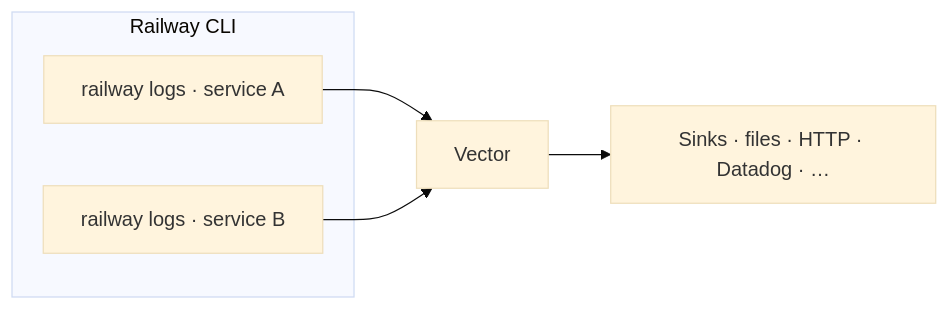
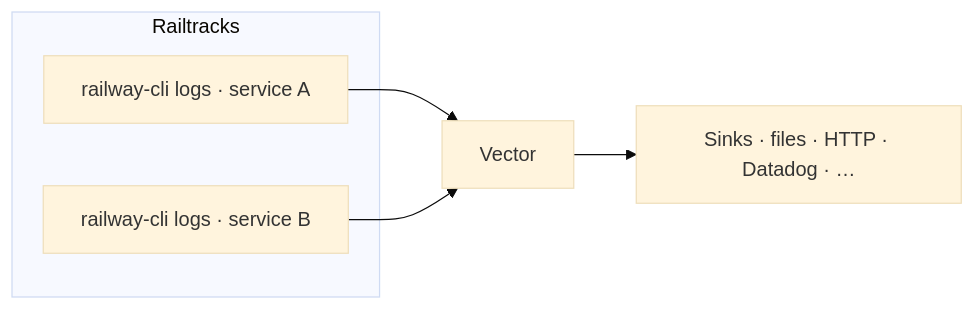
One commit to darkfadr/railtrack changed the diagram in README.md. Above: the diagram before and after it, drawn with Mermaid (base theme).

Commit message:
doc(readme): Update README.md to reflect correct terminology for Railtracks CLI services

````diff
--- a/README.md
+++ b/README.md
@@ -10,11 +10,11 @@
 ```mermaid
 flowchart LR
-  subgraph railway["Railway CLI"]
-    L1["railway logs · service A"]
-    L2["railway logs · service B"]
+  subgraph railway["Railtracks"]
+    L1["railway-cli logs · service A"]
+    L2["railway-cli logs · service B"]
   end
   V[Vector]
   L1 --> V
   L2 --> V
   V --> Sinks["Sinks · files · HTTP · Datadog · …"]
 ```
````
